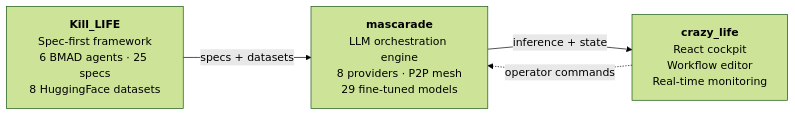
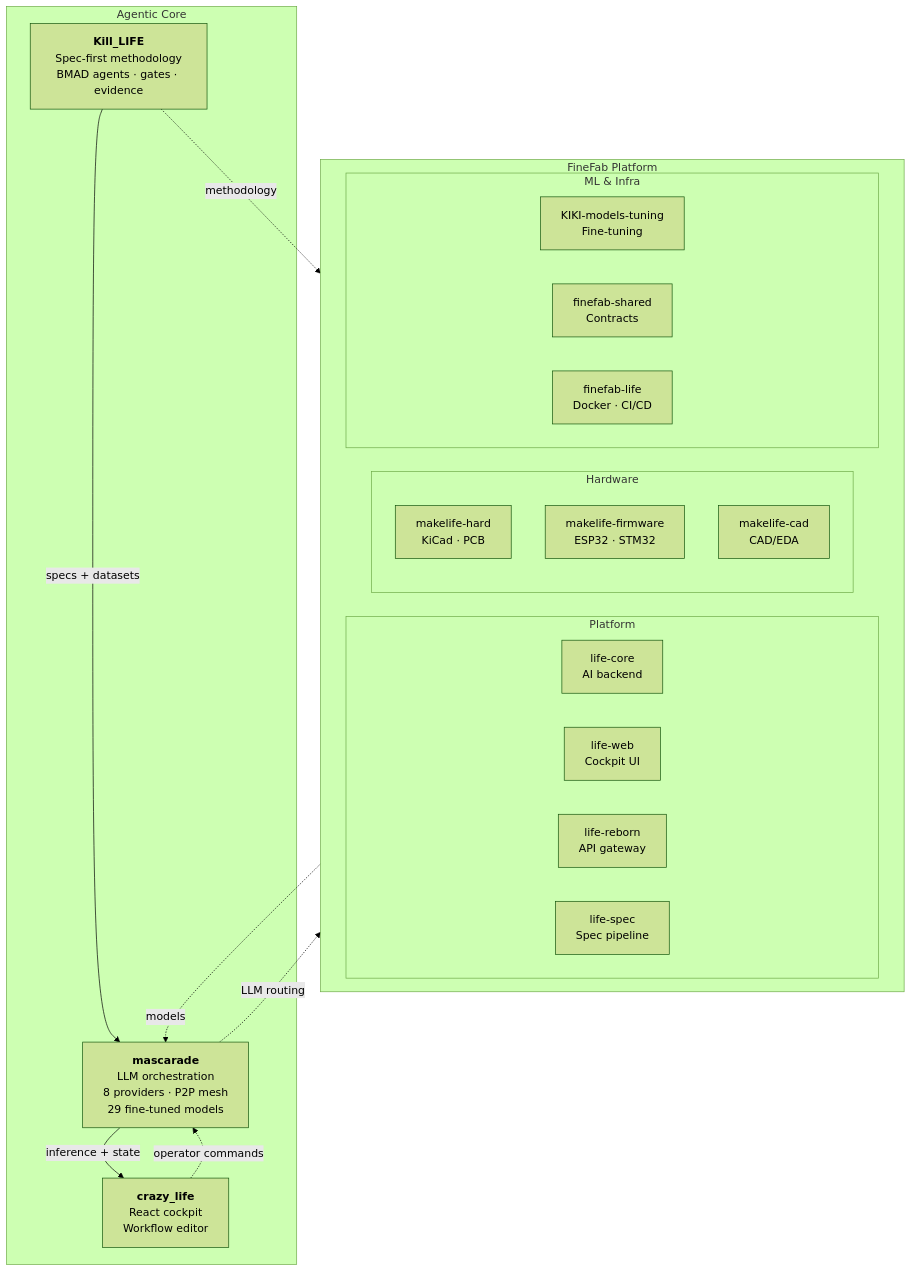
The first of 2 diagrams in profile/README.md (L-electron-Rare/.github), drawn with Mermaid (forest theme) before and after one commit. The commit also changed other lines of this file, not shown here.

Commit message:
Rewrite org README: unified mermaid showing both ecosystems, detailed infra diagram

````diff
--- a/profile/README.md
+++ b/profile/README.md
@@ -21,10 +23,35 @@
 ```mermaid
-flowchart LR
-    KL["<b>Kill_LIFE</b><br/>Spec-first framework<br/>6 BMAD agents · 25 specs<br/>8 HuggingFace datasets"]
-    MA["<b>mascarade</b><br/>LLM orchestration engine<br/>8 providers · P2P mesh<br/>29 fine-tuned models"]
-    CL["<b>crazy_life</b><br/>React cockpit<br/>Workflow editor<br/>Real-time monitoring"]
+flowchart TB
+    subgraph core["Agentic Core"]
+        KL["<b>Kill_LIFE</b><br/>Spec-first methodology<br/>BMAD agents · gates · evidence"]
+        MA["<b>mascarade</b><br/>LLM orchestration<br/>8 providers · P2P mesh<br/>29 fine-tuned models"]
+        CL["<b>crazy_life</b><br/>React cockpit<br/>Workflow editor"]
+    end
+
+    subgraph finefab["FineFab Platform"]
+        direction LR
+        subgraph platform["Platform"]
+            LC["life-core<br/>AI backend"]
+            LW["life-web<br/>Cockpit UI"]
+            LR2["life-reborn<br/>API gateway"]
+            LS["life-spec<br/>Spec pipeline"]
+        end
+        subgraph hardware["Hardware"]
+            MH["makelife-hard<br/>KiCad · PCB"]
+            MF["makelife-firmware<br/>ESP32 · STM32"]
+            MC["makelife-cad<br/>CAD/EDA"]
+        end
+        subgraph ml["ML & Infra"]
+            KK["KIKI-models-tuning<br/>Fine-tuning"]
+            FS["finefab-shared<br/>Contracts"]
+            FL["finefab-life<br/>Docker · CI/CD"]
+        end
+    end
 
     KL -- "specs + datasets" --> MA
     MA -- "inference + state" --> CL
     CL -. "operator commands" .-> MA
+    MA -. "LLM routing" .-> LC
+    KL -. "methodology" .-> LS
+    KK -. "models" .-> MA
 ```
````
